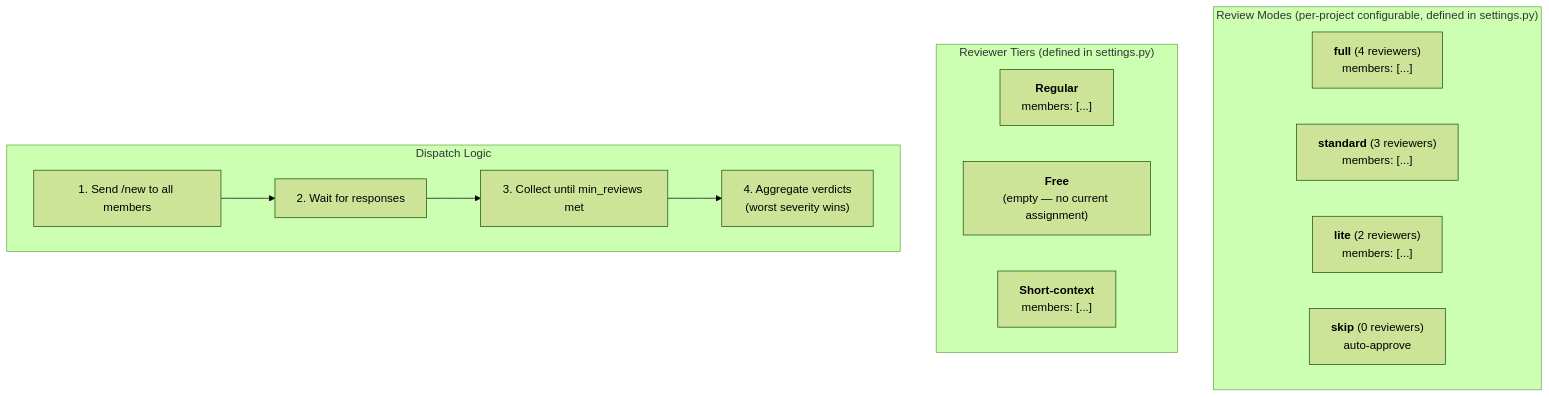
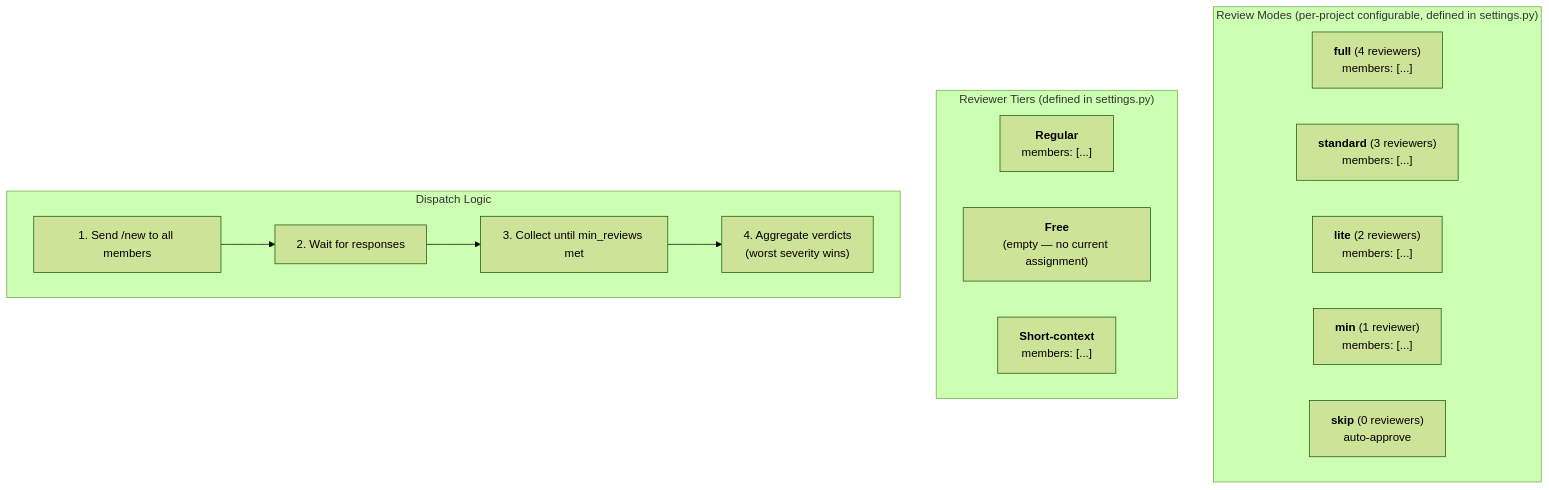
Before and after one commit to atakalive/gokrax: the third of 5 diagrams in docs/architecture.md, drawn with Mermaid (forest theme). The commit also changed other lines of this file and 2 other files, not shown here.

Commit message:
fix: restore min review mode, fix placeholder in spec_mode_spec §6.1
- Add min mode to review mode tables in spec_ja.md and architecture.md
- Add min mode to mermaid diagram in architecture.md
- Replace 'Pascal C-1' placeholder with 'reviewer1 C-1' in spec_mode_spec.md §6.1

Addresses pascal P1 from code review round 1.

Closes #154

````diff
--- a/docs/architecture.md
+++ b/docs/architecture.md
@@ -126,24 +126,25 @@
 ```mermaid
 graph TB
     subgraph "Review Modes (per-project configurable, defined in settings.py)"
         FULL["<b>full</b> (4 reviewers)<br/>members: [...]"]
         STD["<b>standard</b> (3 reviewers)<br/>members: [...]"]
         LITE["<b>lite</b> (2 reviewers)<br/>members: [...]"]
+        MIN["<b>min</b> (1 reviewer)<br/>members: [...]"]
         SKIP["<b>skip</b> (0 reviewers)<br/>auto-approve"]
     end
 
     subgraph "Reviewer Tiers (defined in settings.py)"
         REG["<b>Regular</b><br/>members: [...]"]
         FREE["<b>Free</b><br/>(empty — no current assignment)"]
         SHORT["<b>Short-context</b><br/>members: [...]"]
     end
 
     subgraph "Dispatch Logic"
         D1["1. Send /new to all members"]
         D2["2. Wait for responses"]
         D3["3. Collect until min_reviews met"]
         D4["4. Aggregate verdicts<br/>   (worst severity wins)"]
     end
 
     D1 --> D2 --> D3 --> D4
 ```
````
